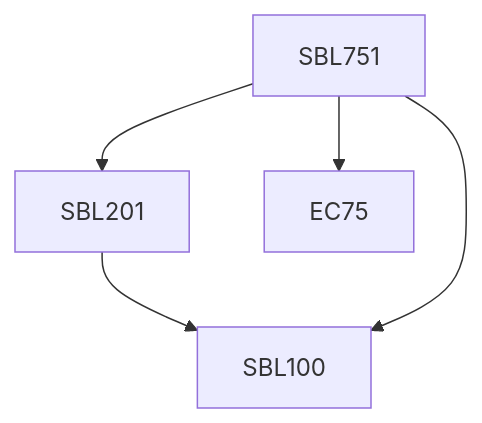
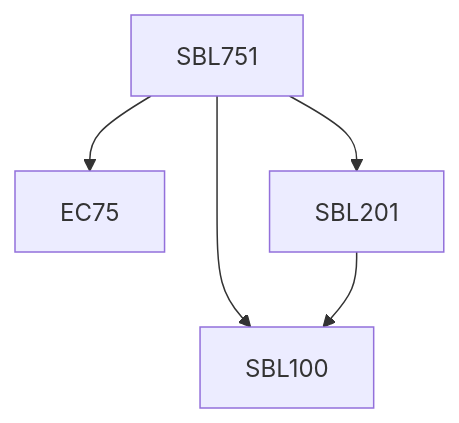
One commit to KeshavBansal0122/CoS_Website changed the diagram in content/Biological Sciences/SBL751.md. Above: the diagram before and after it, drawn with Mermaid. The commit also changed other lines of this file and 392 other files, not shown here.

````diff
--- a/content/Biological Sciences/SBL751.md
+++ b/content/Biological Sciences/SBL751.md
@@ -13,11 +13,11 @@
 ```mermaid
 flowchart TD
 SBL751-1545[SBL751]
+SBL751-1545 --> EC75-1545[EC75]
+SBL751-1545 --> SBL100-1545[SBL100]
+SBL751-1545 --> SBL201-1545[SBL201]
 SBL201-1545 --> SBL100-1545[SBL100]
-SBL751-1545 --> SBL100-1545[SBL100]
-SBL751-1545 --> EC75-1545[EC75]
-SBL751-1545 --> SBL201-1545[SBL201]
 
 classDef empty height:17px, fill:transparent, stroke:transparent;
 classDef trueEmpty height:0px, width:0px;
 ```
````
